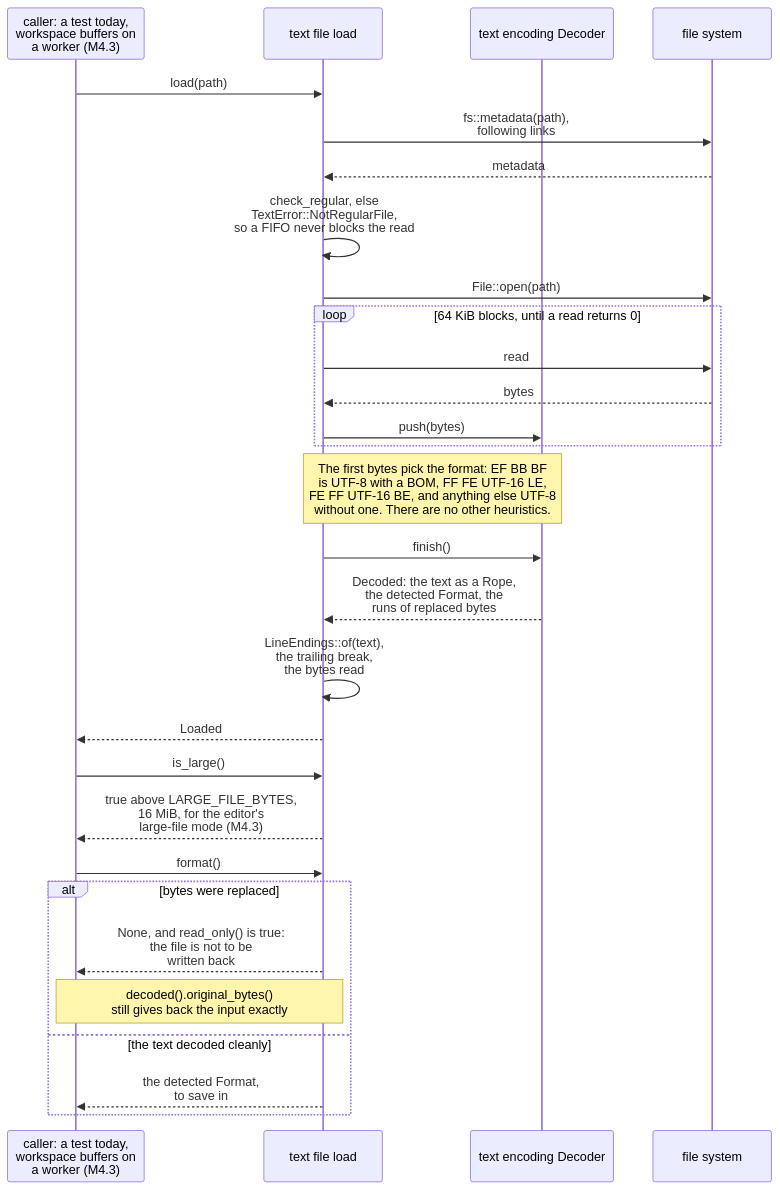
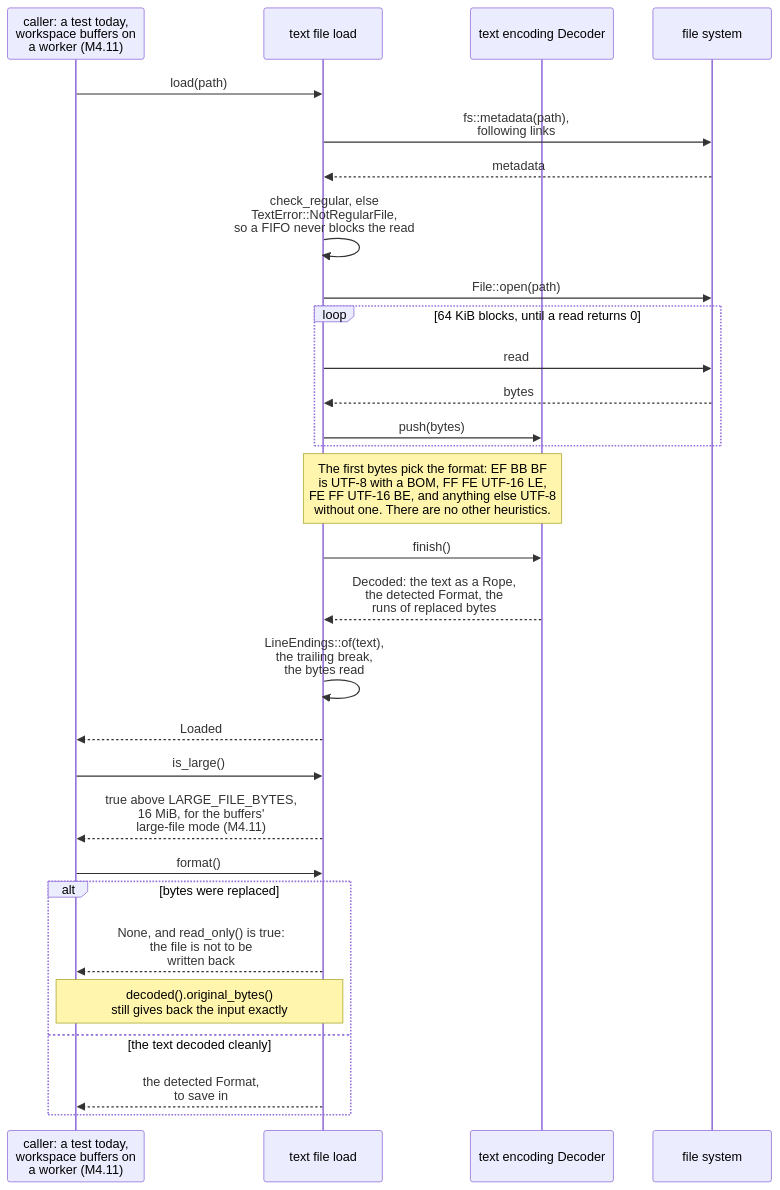
One commit to jabbott-iii/Tidepool changed the sixth of 24 diagrams in diagrams/sequence-diagrams.md. Above: the diagram before and after it, drawn with Mermaid. The commit also changed other lines of this file and 28 other files, not shown here.

````diff
--- a/diagrams/sequence-diagrams.md
+++ b/diagrams/sequence-diagrams.md
@@ -374,32 +374,32 @@
 ```mermaid
 sequenceDiagram
-    participant Caller as caller: a test today,<br/>workspace buffers on<br/>a worker (M4.3)
+    participant Caller as caller: a test today,<br/>workspace buffers on<br/>a worker (M4.11)
     participant Load as text file load
     participant Dec as text encoding Decoder
     participant Fs as file system
 
     Caller->>Load: load(path)
     Load->>Fs: fs::metadata(path),<br/>following links
     Fs-->>Load: metadata
     Load->>Load: check_regular, else<br/>TextError::NotRegularFile,<br/>so a FIFO never blocks the read
     Load->>Fs: File::open(path)
     loop 64 KiB blocks, until a read returns 0
         Load->>Fs: read
         Fs-->>Load: bytes
         Load->>Dec: push(bytes)
     end
     Note over Load,Dec: The first bytes pick the format: EF BB BF<br/>is UTF-8 with a BOM, FF FE UTF-16 LE,<br/>FE FF UTF-16 BE, and anything else UTF-8<br/>without one. There are no other heuristics.
     Load->>Dec: finish()
     Dec-->>Load: Decoded: the text as a Rope,<br/>the detected Format, the<br/>runs of replaced bytes
     Load->>Load: LineEndings::of(text),<br/>the trailing break,<br/>the bytes read
     Load-->>Caller: Loaded
     Caller->>Load: is_large()
-    Load-->>Caller: true above LARGE_FILE_BYTES,<br/>16 MiB, for the editor's<br/>large-file mode (M4.3)
+    Load-->>Caller: true above LARGE_FILE_BYTES,<br/>16 MiB, for the buffers'<br/>large-file mode (M4.11)
     Caller->>Load: format()
     alt bytes were replaced
         Load-->>Caller: None, and read_only() is true:<br/>the file is not to be<br/>written back
         Note over Caller,Load: decoded().original_bytes()<br/>still gives back the input exactly
     else the text decoded cleanly
         Load-->>Caller: the detected Format,<br/>to save in
     end
 ```
````
